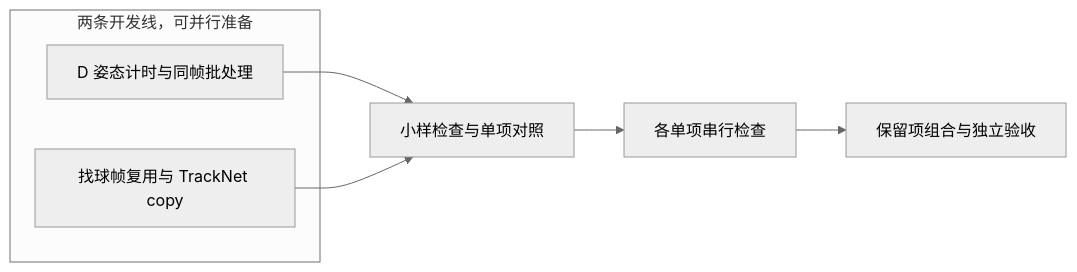
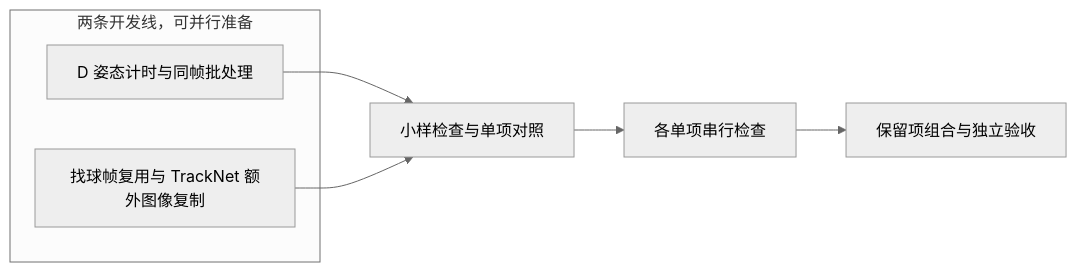
One commit to benb365/smash-suite changed the diagram in docs/features/performance-optimization/first-round.md. Above: the diagram before and after it, drawn with Mermaid (neutral theme). The commit also changed other lines of this file and 19 other files, not shown here.

````diff
--- a/docs/features/performance-optimization/first-round.md
+++ b/docs/features/performance-optimization/first-round.md
@@ -17,11 +17,11 @@
 ```mermaid
 flowchart LR
   subgraph dev[两条开发线，可并行准备]
     D[D 姿态计时与同帧批处理]
-    T[找球帧复用与 TrackNet copy]
+    T[找球帧复用与 TrackNet 额外图像复制]
   end
   D --> S[小样检查与单项对照]
   T --> S
   S --> Q[各单项串行检查]
   Q --> C[保留项组合与独立验收]
 ```
````
